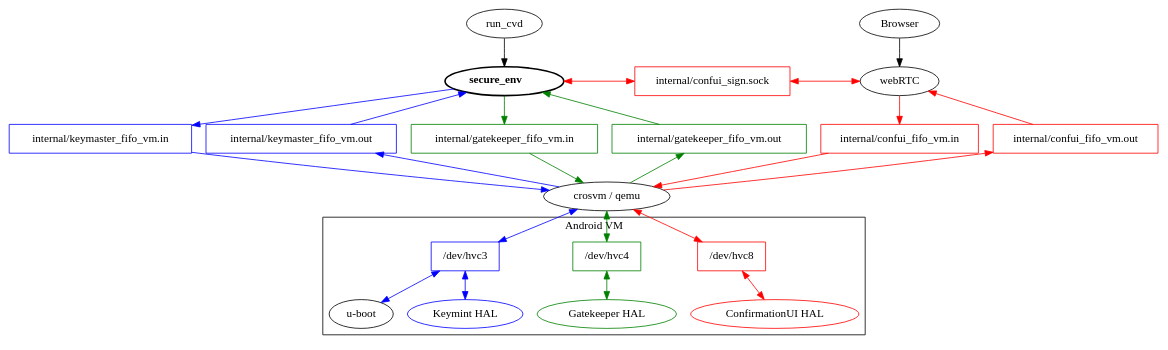
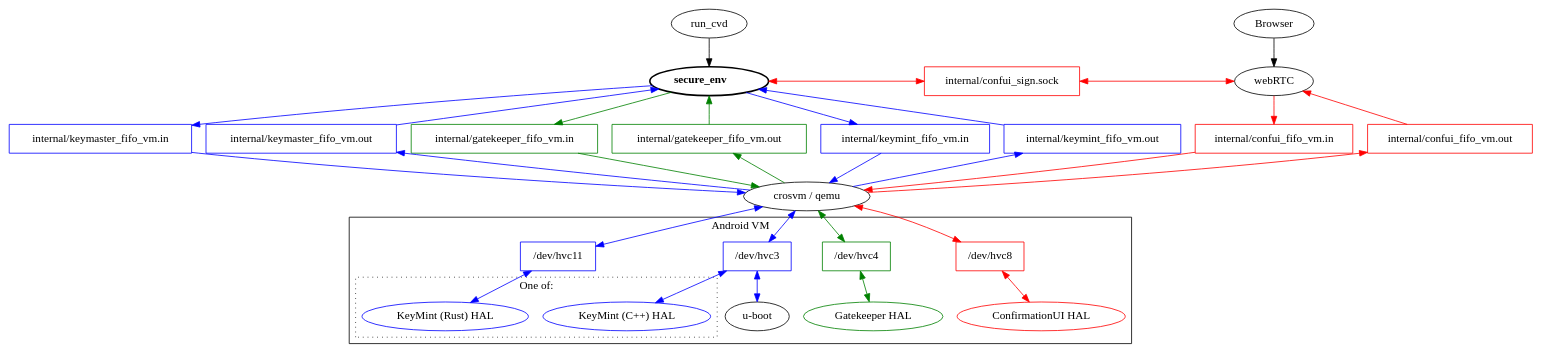
One commit to google/android-cuttlefish changed the diagram in host/commands/secure_env/doc/linkage.dot. Above: the diagram before and after it, drawn with Graphviz. The commit also changed 15 other files, not shown here.

First line of the commit message:
Use separate /dev/hvc11 for KeyMint/Rust

```diff
--- a/host/commands/secure_env/doc/linkage.dot
+++ b/host/commands/secure_env/doc/linkage.dot
@@ -1,52 +1,64 @@
 digraph {
   browser [label = "Browser"]
   confirmationui_sign [color = "red", label = "internal/confui_sign.sock", shape = "rectangle"]
   run_cvd
   secure_env [label = < <B>secure_env</B> >, penwidth=2]
   vmm [label = "crosvm / qemu"]
   webRTC
 
   subgraph fifos {
     rank = same;
 
-    host_keymint_in [color = "blue", label = "internal/keymaster_fifo_vm.in", shape = "rectangle"]
-    host_keymint_out [color = "blue", label = "internal/keymaster_fifo_vm.out", shape = "rectangle"]
+    host_keymaster_in [color = "blue", label = "internal/keymaster_fifo_vm.in", shape = "rectangle"]
+    host_keymaster_out [color = "blue", label = "internal/keymaster_fifo_vm.out", shape = "rectangle"]
     host_gatekeeper_in [color = "green", label = "internal/gatekeeper_fifo_vm.in", shape = "rectangle"]
     host_gatekeeper_out [color = "green", label = "internal/gatekeeper_fifo_vm.out", shape = "rectangle"]
     host_confirmationui_in [color = "red", label = "internal/confui_fifo_vm.in", shape = "rectangle"]
     host_confirmationui_out [color = "red", label = "internal/confui_fifo_vm.out", shape = "rectangle"]
+    host_keymint_in [color = "blue", label = "internal/keymint_fifo_vm.in", shape = "rectangle"]
+    host_keymint_out [color = "blue", label = "internal/keymint_fifo_vm.out", shape = "rectangle"]
   }
 
   subgraph cluster_android {
     label = "Android VM"
     u_boot [label = "u-boot"]
     confirmationui [color = "red", label = "ConfirmationUI HAL"]
     gatekeeper [color = "green", label = "Gatekeeper HAL"]
-    keymint [color = "blue", label = "Keymint HAL"]
+    subgraph cluster_keymint {
+      graph[style=dotted]
+      label = "One of:"
+      keymaster [color = "blue", label = "KeyMint (C++) HAL"]
+      keymint [color = "blue", label = "KeyMint (Rust) HAL"]
+    }
 
     subgraph consoles {
-      	rank = same;
+        rank = same;
         confirmationui_console [color = "red", label = "/dev/hvc8", shape = "rectangle"]
         gatekeeper_console [color = "green", label = "/dev/hvc4", shape = "rectangle"]
-        keymint_console [color = "blue", label = "/dev/hvc3", shape = "rectangle"]
+        keymaster_console [color = "blue", label = "/dev/hvc3", shape = "rectangle"]
+        keymint_console [color = "blue", label = "/dev/hvc11", shape = "rectangle"]
     }
   }
 
   browser -> webRTC
   run_cvd -> secure_env
 
   webRTC -> host_confirmationui_out -> vmm [dir = "back", color = "red"]
   webRTC -> host_confirmationui_in -> vmm [color = "red"]
   vmm -> confirmationui_console -> confirmationui [dir = "both", color = "red"]
   { rank = same; secure_env -> confirmationui_sign -> webRTC [color = "red", dir = "both"] }
 
   secure_env -> host_gatekeeper_out -> vmm [color = "green", dir = "back"]
   secure_env -> host_gatekeeper_in -> vmm [color = "green"]
   vmm -> gatekeeper_console -> gatekeeper [color = "green", dir = "both"]
 
+  secure_env -> host_keymaster_out -> vmm [color = "blue", dir = "back"]
+  secure_env -> host_keymaster_in -> vmm [color = "blue"]
+  vmm -> keymaster_console -> keymaster [color = "blue", dir = "both"]
+  keymaster_console -> u_boot [color = "blue", dir = "both"]
+
   secure_env -> host_keymint_out -> vmm [color = "blue", dir = "back"]
   secure_env -> host_keymint_in -> vmm [color = "blue"]
   vmm -> keymint_console -> keymint [color = "blue", dir = "both"]
-  keymint_console -> u_boot [color = "blue", dir = "both"]
 
 }
```
